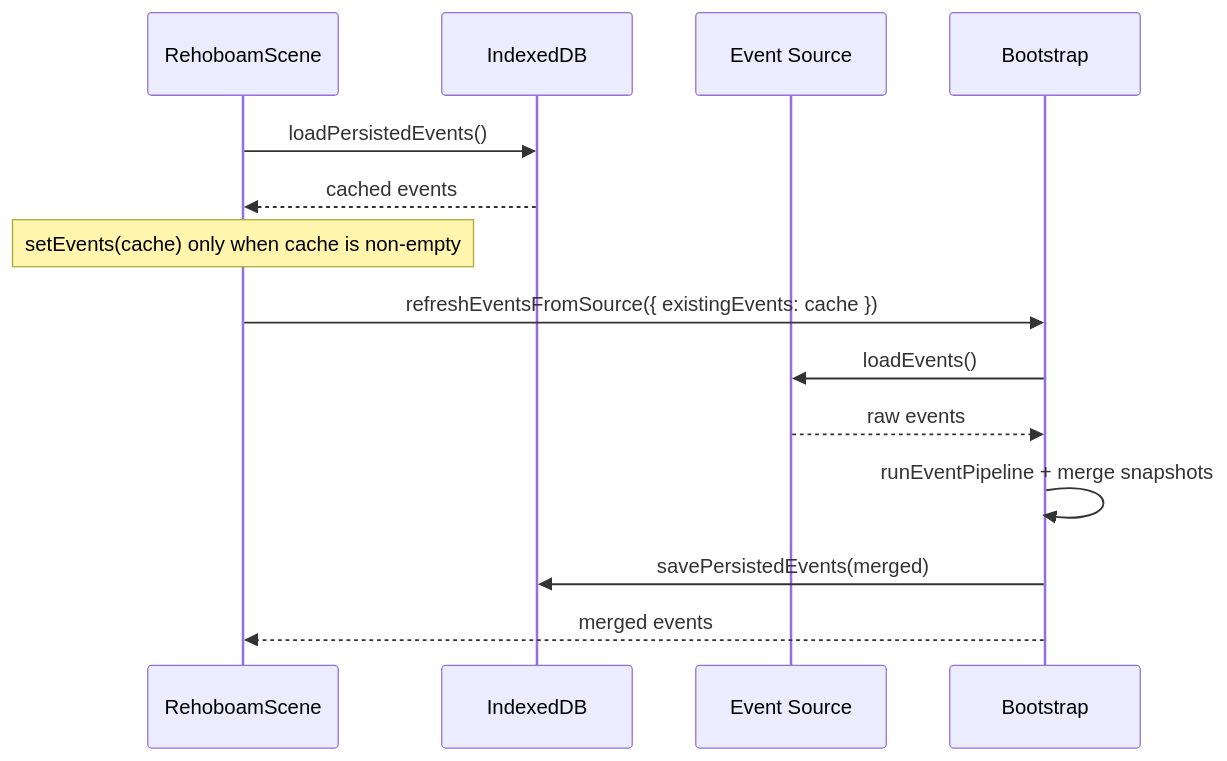
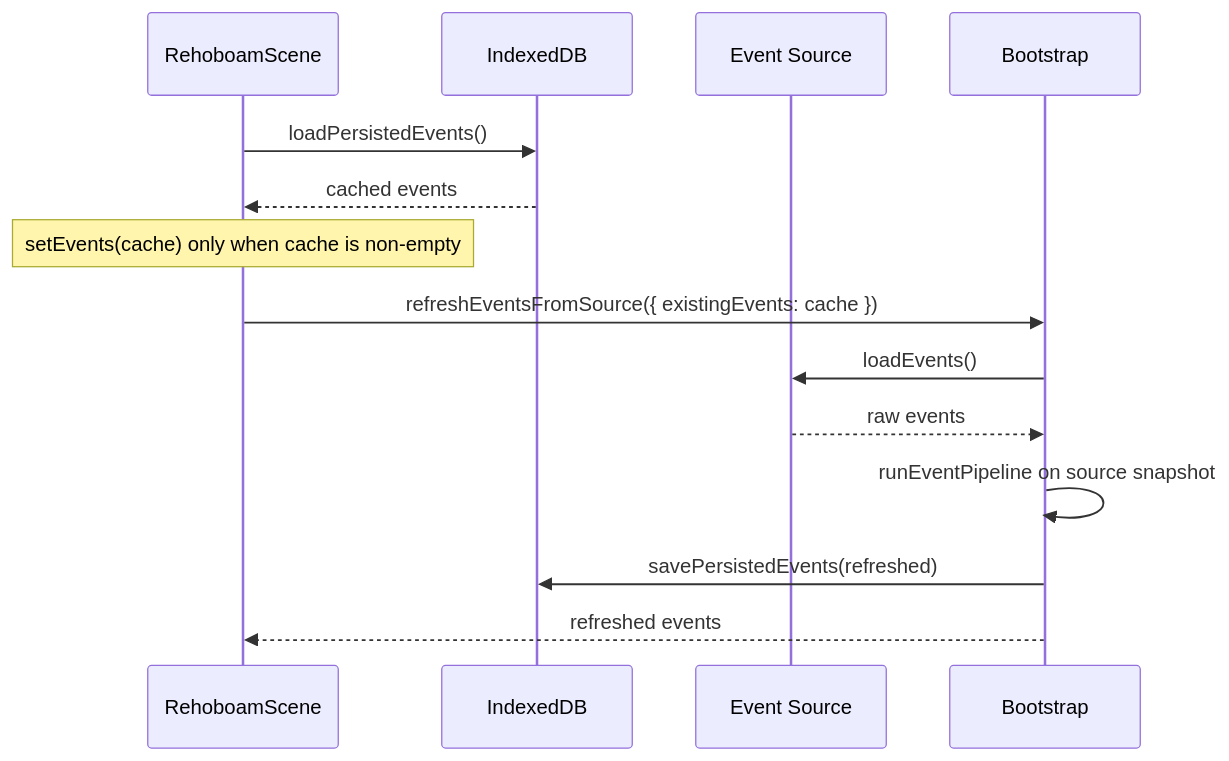
The third of 4 diagrams in docs/architecture.md (valuecodes/Rehoboam-UI), drawn with Mermaid before and after one commit. The commit also changed other lines of this file, not shown here.

Commit message:
docs: update architecture.md for clarity and accuracy in event pipeline

````diff
--- a/docs/architecture.md
+++ b/docs/architecture.md
@@ -165,18 +165,18 @@
 ```mermaid
 sequenceDiagram
     participant Scene as RehoboamScene
     participant IDB as IndexedDB
     participant Src as Event Source
     participant Boot as Bootstrap
 
     Scene->>IDB: loadPersistedEvents()
     IDB-->>Scene: cached events
     Note over Scene: setEvents(cache) only when cache is non-empty
 
     Scene->>Boot: refreshEventsFromSource({ existingEvents: cache })
     Boot->>Src: loadEvents()
     Src-->>Boot: raw events
-    Boot->>Boot: runEventPipeline + merge snapshots
-    Boot->>IDB: savePersistedEvents(merged)
-    Boot-->>Scene: merged events
+    Boot->>Boot: runEventPipeline on source snapshot
+    Boot->>IDB: savePersistedEvents(refreshed)
+    Boot-->>Scene: refreshed events
 ```
````
